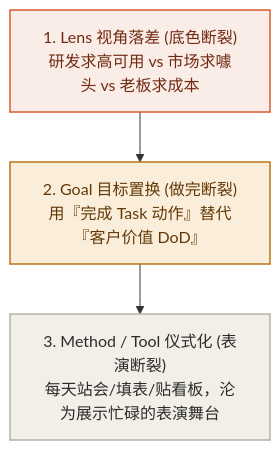
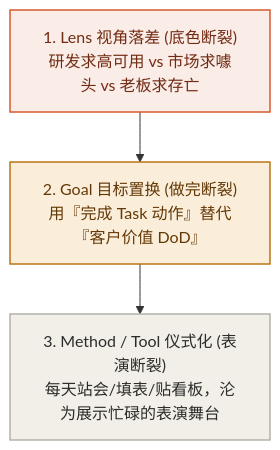
One commit to hongyangchun/lgmt-book changed the diagram in outputs/book/05_第05章_团队对齐_告别大家都在忙却不知为了啥.md. Above: the diagram before and after it, drawn with Mermaid. The commit also changed other lines of this file and 3986 other files, not shown here.

````diff
--- a/outputs/book/05_第05章_团队对齐_告别大家都在忙却不知为了啥.md
+++ b/outputs/book/05_第05章_团队对齐_告别大家都在忙却不知为了啥.md
@@ -58,14 +50,14 @@
 ```mermaid
 flowchart TD
     %% FIG-05-GOAL: 团队内耗的 LGMT 病理断裂拓扑
     classDef dangerStyle fill:#FAECE7,stroke:#D85A30,stroke-width:1.5px,color:#712B13;
     classDef warningStyle fill:#FAEEDA,stroke:#BA7517,stroke-width:1.5px,color:#633806;
     classDef trapStyle fill:#F1EFE8,stroke:#B4B2A9,stroke-width:1.5px,color:#2C2C2A;
 
-    L["1. Lens 视角落差 (底色断裂)<br/>研发求高可用 vs 市场求噱头 vs 老板求成本"] --> G["2. Goal 目标置换 (做完断裂)<br/>用『完成 Task 动作』替代『客户价值 DoD』"]
+    L["1. Lens 视角落差 (底色断裂)<br/>研发求高可用 vs 市场求噱头 vs 老板求存亡"] --> G["2. Goal 目标置换 (做完断裂)<br/>用『完成 Task 动作』替代『客户价值 DoD』"]
     G --> M["3. Method / Tool 仪式化 (表演断裂)<br/>每天站会/填表/贴看板，沦为展示忙碌的表演舞台"]
 
     class L dangerStyle;
     class G warningStyle;
     class M trapStyle;
 ```
````
